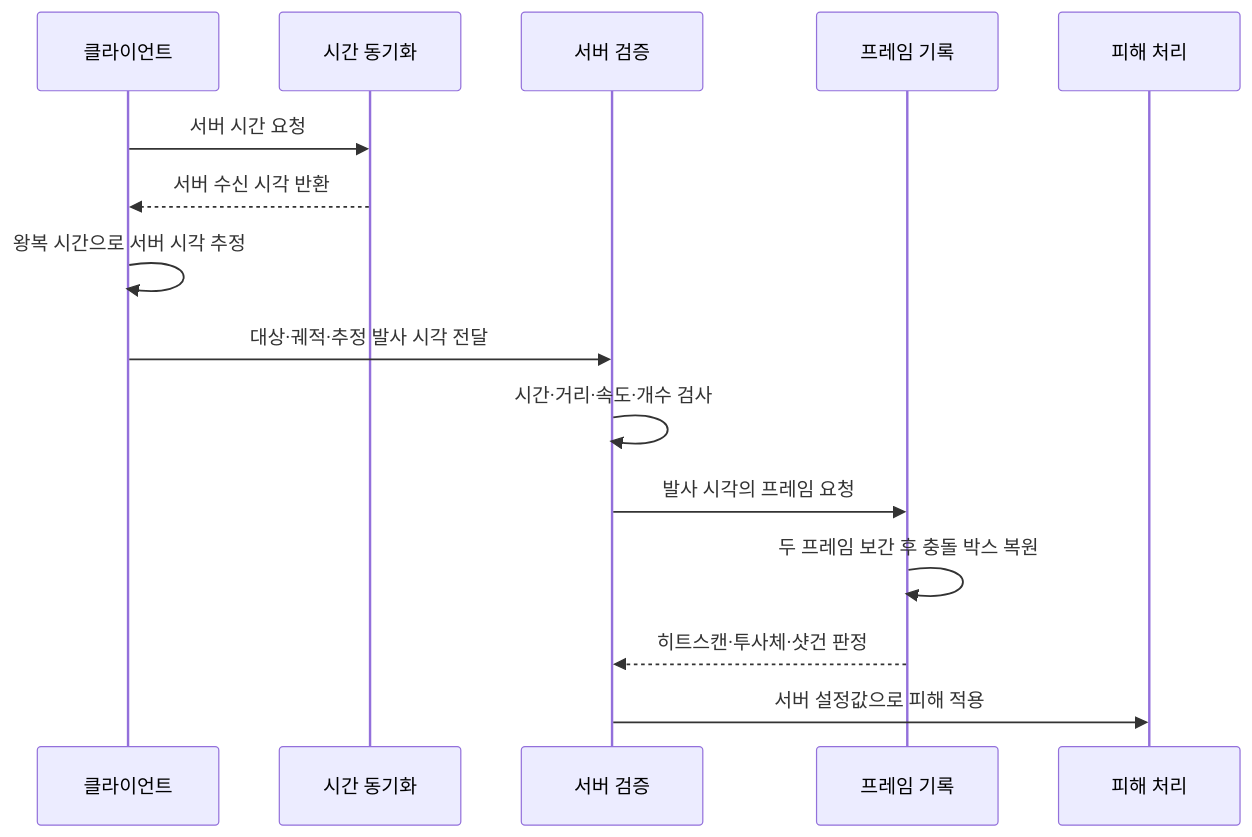
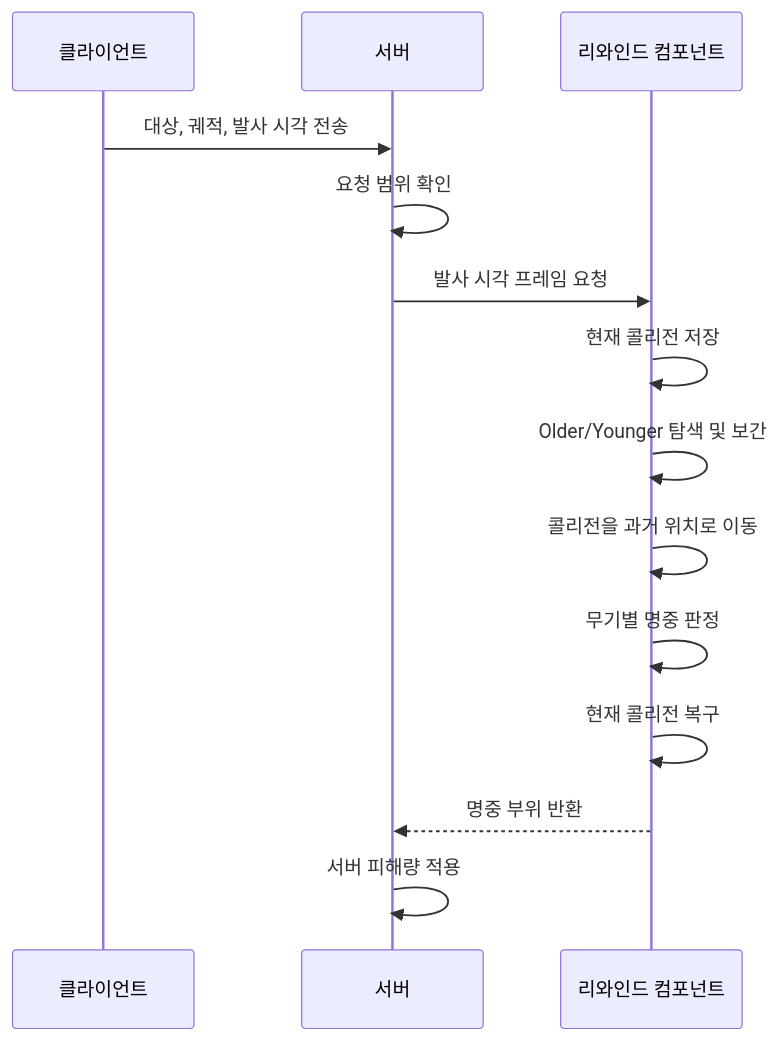
One commit to kanghyunsoon/NetworkShooterPortfolio changed the diagram in README.md. Above: the diagram before and after it, drawn with Mermaid. The commit also changed other lines of this file and 5 other files, not shown here.

````diff
--- a/README.md
+++ b/README.md
@@ -55,18 +83,17 @@
 ```mermaid
 sequenceDiagram
     participant C as 클라이언트
-    participant T as 시간 동기화
-    participant S as 서버 검증
-    participant H as 프레임 기록
-    participant D as 피해 처리
+    participant S as 서버
+    participant R as 리와인드 컴포넌트
 
-    C->>T: 서버 시간 요청
-    T-->>C: 서버 수신 시각 반환
-    C->>C: 왕복 시간으로 서버 시각 추정
-    C->>S: 대상·궤적·추정 발사 시각 전달
-    S->>S: 시간·거리·속도·개수 검사
-    S->>H: 발사 시각의 프레임 요청
-    H->>H: 두 프레임 보간 후 충돌 박스 복원
-    H-->>S: 히트스캔·투사체·샷건 판정
-    S->>D: 서버 설정값으로 피해 적용
+    C->>S: 대상, 궤적, 발사 시각 전송
+    S->>S: 요청 범위 확인
+    S->>R: 발사 시각 프레임 요청
+    R->>R: 현재 콜리전 저장
+    R->>R: Older/Younger 탐색 및 보간
+    R->>R: 콜리전을 과거 위치로 이동
+    R->>R: 무기별 명중 판정
+    R->>R: 현재 콜리전 복구
+    R-->>S: 명중 부위 반환
+    S->>S: 서버 피해량 적용
 ```
````
